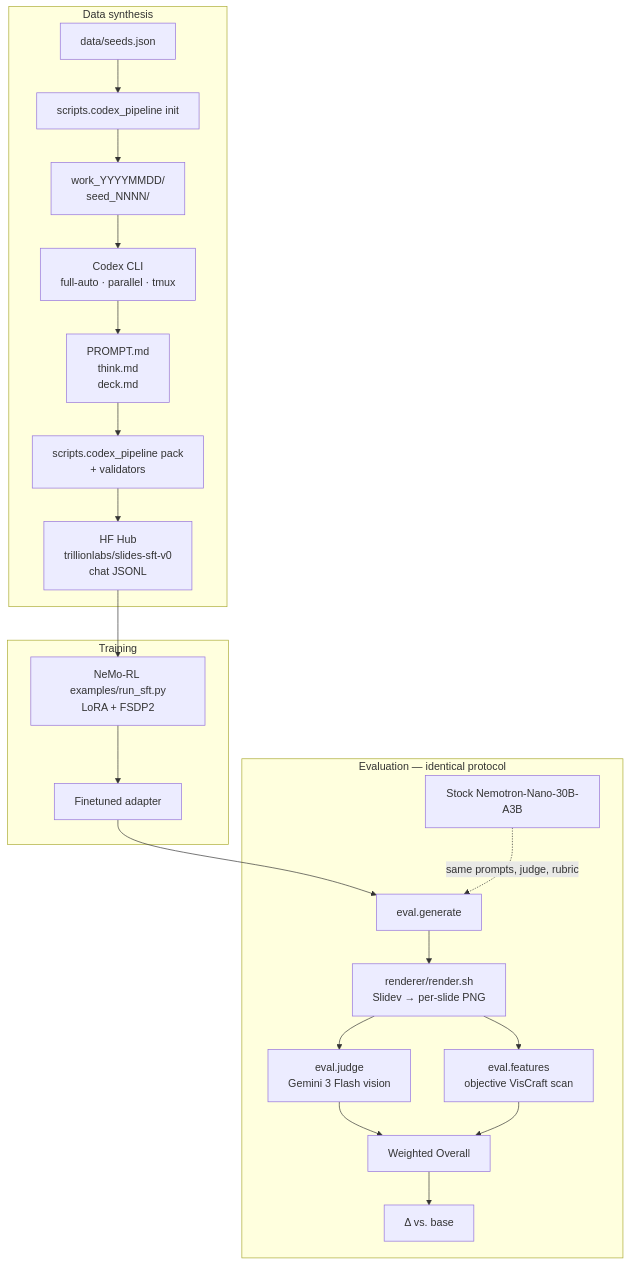
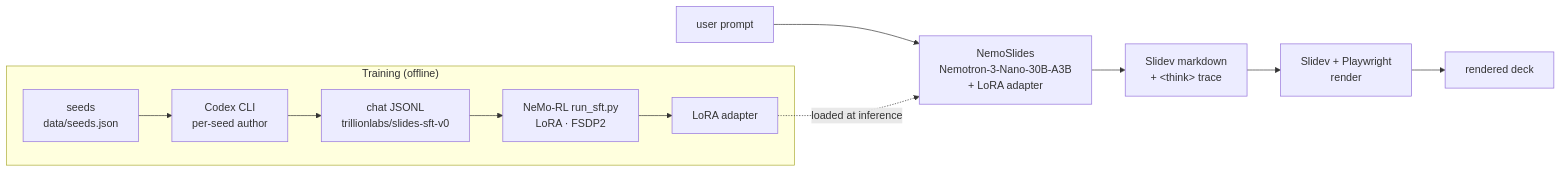
The diagram in docs/index.md (trillion-labs/nemoslides), drawn with Mermaid before and after one commit. The commit also changed other lines of this file and 36 other files, not shown here.

First line of the commit message:
Rebrand eval surface to SlidevBench + redesign plots + concise docs pass

````diff
--- a/docs/index.md
+++ b/docs/index.md
@@ -33,27 +20,15 @@
 ```mermaid
-flowchart TB
-    subgraph synth[Data synthesis]
-        S[data/seeds.json] --> I[scripts.codex_pipeline init]
-        I --> W[work_YYYYMMDD/<br/>seed_NNNN/]
-        W --> C[Codex CLI<br/>full-auto · parallel · tmux]
-        C --> F[PROMPT.md<br/>think.md<br/>deck.md]
-        F --> P[scripts.codex_pipeline pack<br/>+ validators]
-        P --> H[HF Hub<br/>trillionlabs/slides-sft-v0<br/>chat JSONL]
+flowchart LR
+    P["user prompt"] --> M["NemoSlides<br/>Nemotron-3-Nano-30B-A3B<br/>+ LoRA adapter"]
+    M --> D["Slidev markdown<br/>+ &lt;think&gt; trace"]
+    D --> R["Slidev + Playwright<br/>render"]
+    R --> SL["rendered deck"]
+
+    subgraph train["Training (offline)"]
+        S["seeds<br/>data/seeds.json"] --> C["Codex CLI<br/>per-seed author"]
+        C --> J["chat JSONL<br/>trillionlabs/slides-sft-v0"]
+        J --> NR["NeMo-RL run_sft.py<br/>LoRA · FSDP2"]
+        NR --> AD["LoRA adapter"]
     end
-
-    subgraph train[Training]
-        H --> NR[NeMo-RL examples/run_sft.py<br/>LoRA + FSDP2]
-        NR --> CK[Finetuned adapter]
-    end
-
-    subgraph eval[Evaluation — identical protocol]
-        CK --> G[eval.generate]
-        BASE[Stock Nemotron-Nano-30B-A3B] -.same prompts, judge, rubric.-> G
-        G --> R[renderer/render.sh<br/>Slidev → per-slide PNG]
-        R --> J[eval.judge<br/>Gemini 3 Flash vision]
-        R --> VC[eval.features<br/>objective VisCraft scan]
-        J --> SC[Weighted Overall]
-        VC --> SC
-        SC --> D[Δ vs. base]
-    end
+    AD -.loaded at inference.-> M
 ```
````
